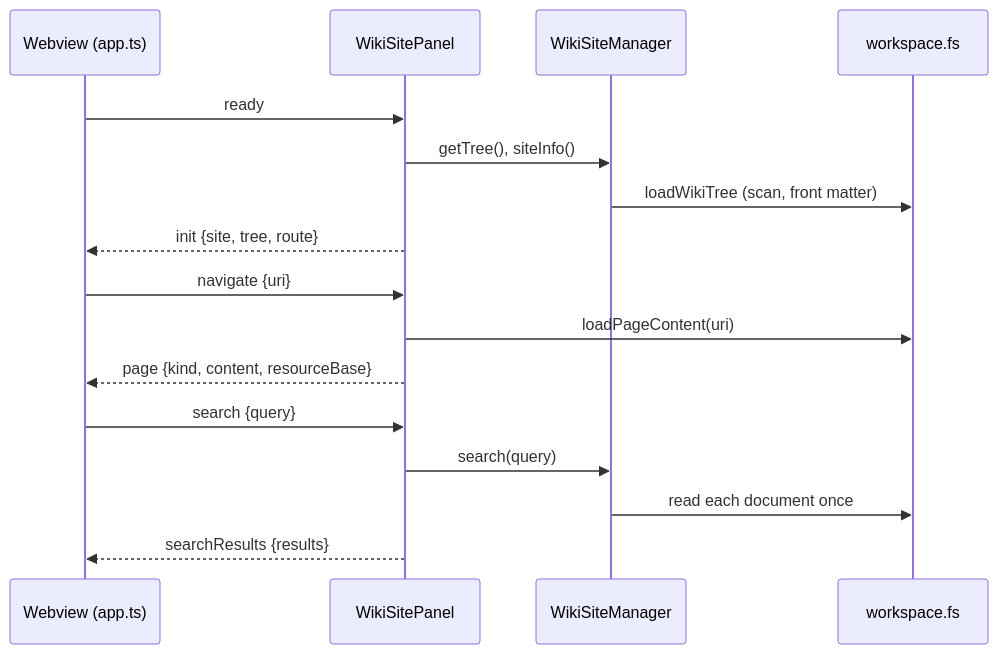
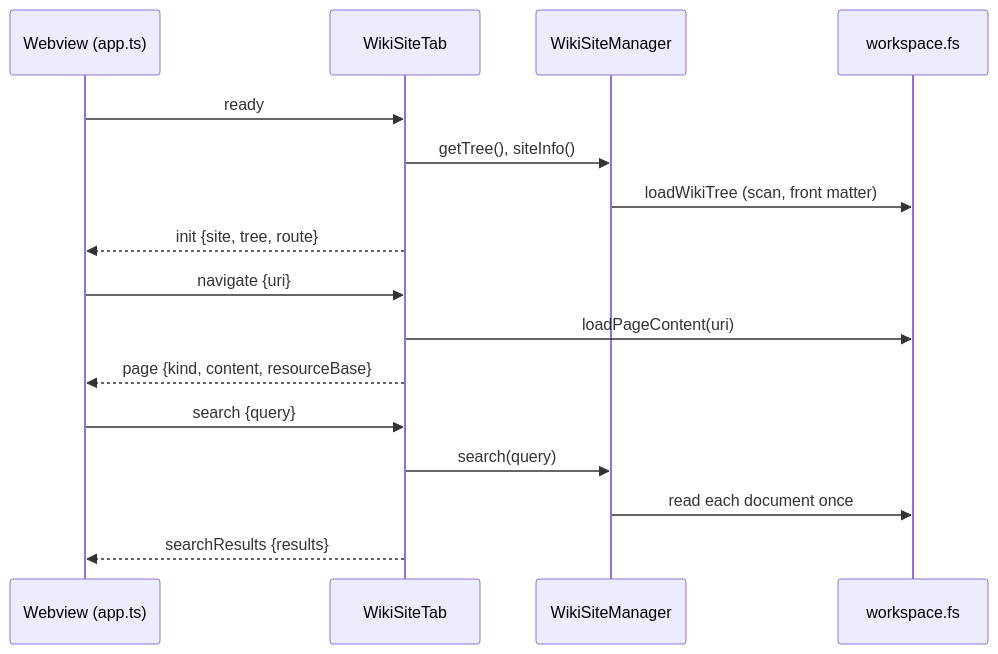
The diagram in docs/architecture/wiki-site.md (AlexJSully/workspace-wiki), drawn with Mermaid before and after one commit. The commit also changed other lines of this file and 58 other files, not shown here.

````diff
--- a/docs/architecture/wiki-site.md
+++ b/docs/architecture/wiki-site.md
@@ -134,21 +139,21 @@
 ```mermaid
 sequenceDiagram
     accTitle: Wiki Site message flow
     accDescr: Shows the webview asking the host for the site on load, the host answering with settings and the tree, then a page request answered with page data, and a search answered with ranked results.
     participant View as Webview (app.ts)
-    participant Host as WikiSitePanel
+    participant Host as WikiSiteTab
     participant Manager as WikiSiteManager
     participant FS as workspace.fs
 
     View->>Host: ready
     Host->>Manager: getTree(), siteInfo()
     Manager->>FS: loadWikiTree (scan, front matter)
     Host-->>View: init {site, tree, route}
     View->>Host: navigate {uri}
     Host->>FS: loadPageContent(uri)
     Host-->>View: page {kind, content, resourceBase}
     View->>Host: search {query}
     Host->>Manager: search(query)
     Manager->>FS: read each document once
     Host-->>View: searchResults {results}
 ```
````
